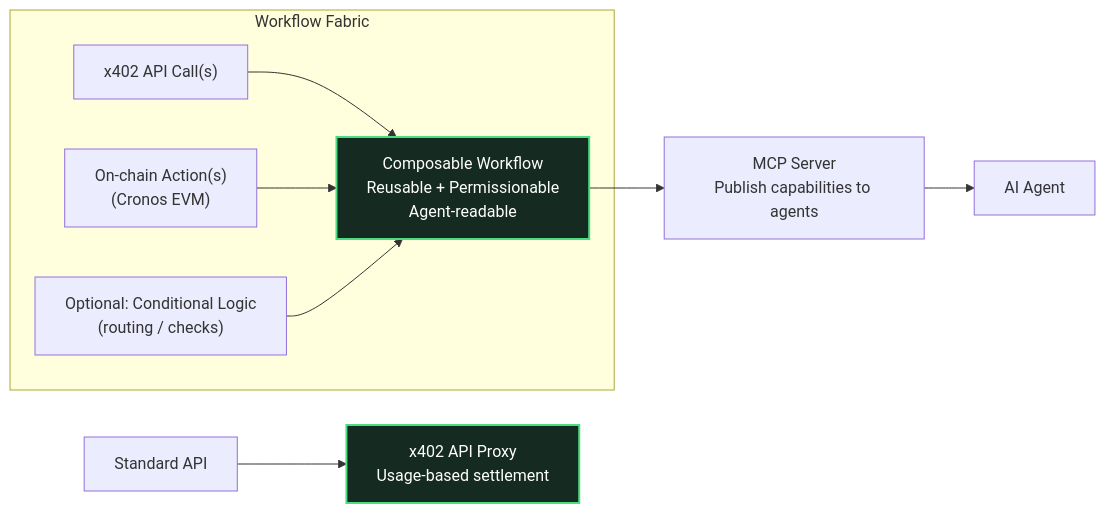
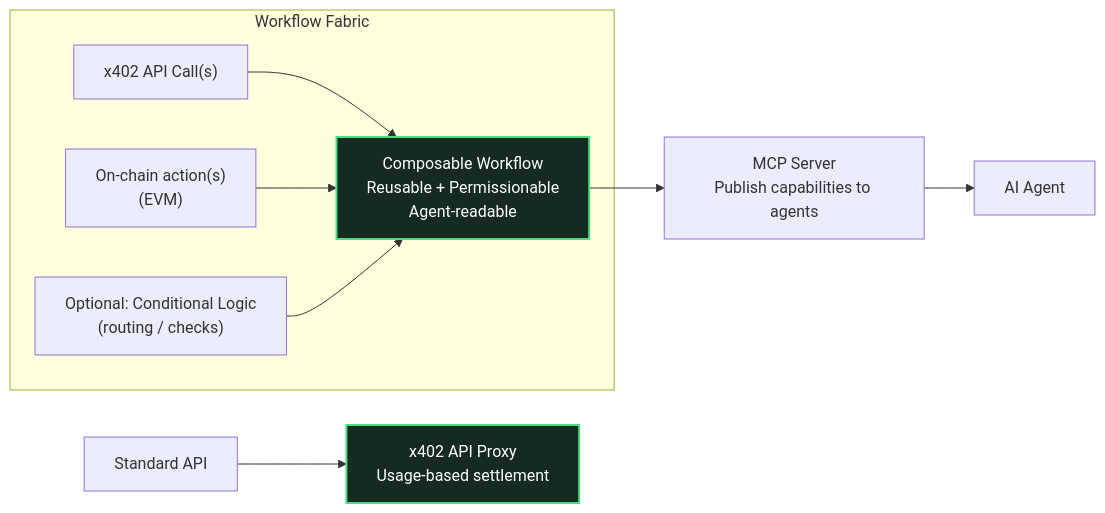
Before and after one commit to hoepeyemi/bonzo: the third of 4 diagrams in README.md, drawn with Mermaid. The commit also changed other lines of this file and 70 other files, not shown here.

````diff
--- a/README.md
+++ b/README.md
@@ -131,15 +131,15 @@
 ```mermaid
 flowchart LR
   API["Standard API"] --> PROXY["x402 API Proxy\nUsage-based settlement"]:::good
 
   subgraph WF["Workflow Fabric"]
     A["x402 API Call(s)"] --> W["Composable Workflow\nReusable + Permissionable\nAgent-readable"]:::good
-    B["On-chain Action(s)\n(Cronos EVM)"] --> W
+    B["On-chain action(s)\n(EVM)"] --> W
     C["Optional: Conditional Logic\n(routing / checks)"] --> W
   end
 
   W --> MCP["MCP Server\nPublish capabilities to agents"]
   MCP --> AG["AI Agent"]
 
   classDef good fill:#152a20,stroke:#4ade80,stroke-width:2px,color:#ffffff;
 ```
````
